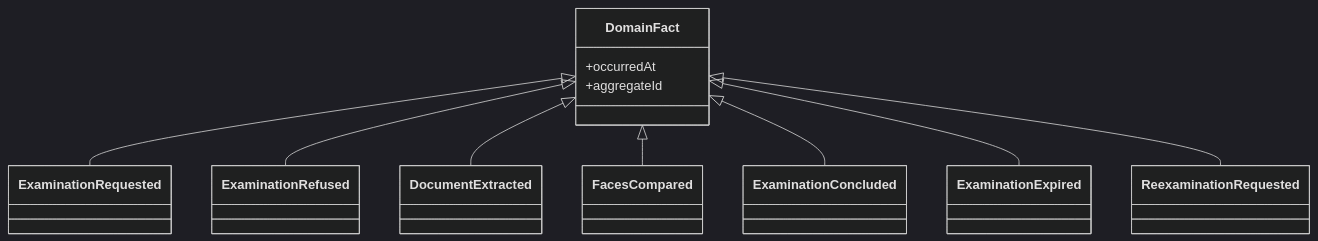
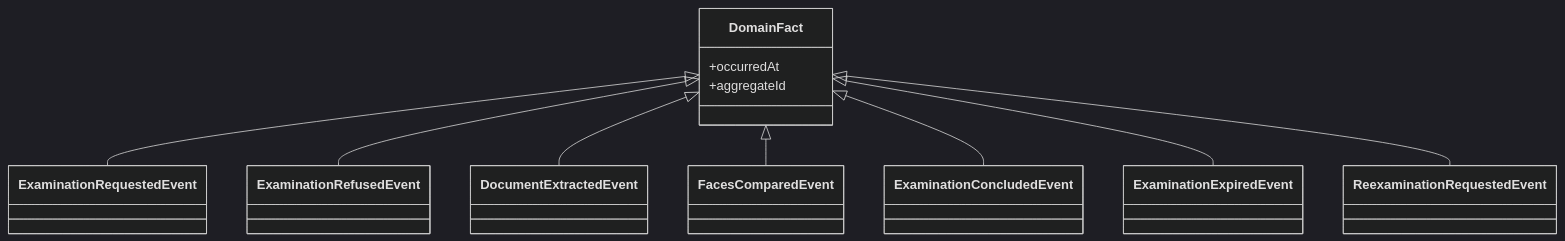
Before and after one commit to Morocoders-Arq-9056/votochain-api-backend: the third of 3 diagrams in docs/Bounded Contexts/document-ocr-face-match-provider/domain-model.md, drawn with Mermaid (dark theme). The commit also changed other lines of this file and 20 other files, not shown here.

````diff
--- a/docs/Bounded Contexts/document-ocr-face-match-provider/domain-model.md
+++ b/docs/Bounded Contexts/document-ocr-face-match-provider/domain-model.md
@@ -206,14 +206,14 @@
 ```mermaid
 classDiagram
     class DomainFact {
         +occurredAt
         +aggregateId
     }
-    DomainFact <|-- ExaminationRequested
-    DomainFact <|-- ExaminationRefused
-    DomainFact <|-- DocumentExtracted
-    DomainFact <|-- FacesCompared
-    DomainFact <|-- ExaminationConcluded
-    DomainFact <|-- ExaminationExpired
-    DomainFact <|-- ReexaminationRequested
+    DomainFact <|-- ExaminationRequestedEvent
+    DomainFact <|-- ExaminationRefusedEvent
+    DomainFact <|-- DocumentExtractedEvent
+    DomainFact <|-- FacesComparedEvent
+    DomainFact <|-- ExaminationConcludedEvent
+    DomainFact <|-- ExaminationExpiredEvent
+    DomainFact <|-- ReexaminationRequestedEvent
 ```
````
